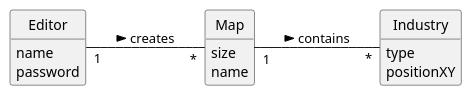
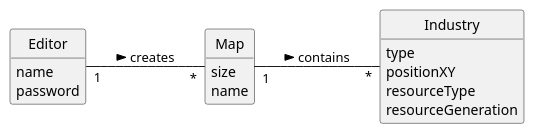
Before and after one commit to 1240935/pi2-railway-simulator: the diagram in docsFinais/US002/02.analysis/puml/US002-DM.puml, drawn with PlantUML. The commit also changed 21 other files, not shown here.

```diff
--- a/docsFinais/US002/02.analysis/puml/US002-DM.puml
+++ b/docsFinais/US002/02.analysis/puml/US002-DM.puml
@@ -1,30 +1,32 @@
 @startuml
 skinparam monochrome true
 skinparam packageStyle rectangle
 skinparam shadowing false
 'skinparam linetype ortho
 'left to right direction
 skinparam classAttributeIconSize 0
 hide circle
 hide methods
 
 left to right direction
 
 class Editor {
     name
     password
 }
 
 class Map {
     size
     name
 }
 
 class Industry {
     type
     positionXY
+    resourceType
+    resourceGeneration
 }
 
 Editor "1" -- "*" Map: creates >
 Map "1" -- "*" Industry: contains >
 @enduml
```
